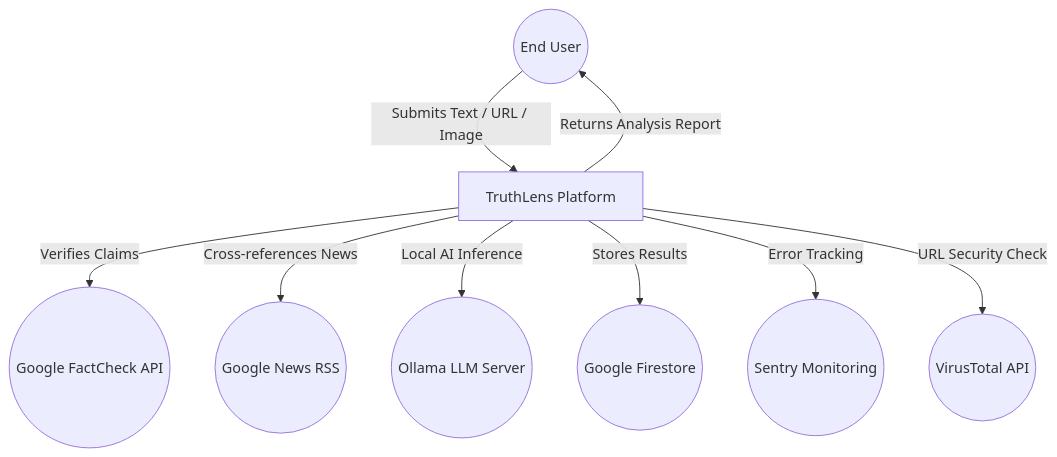
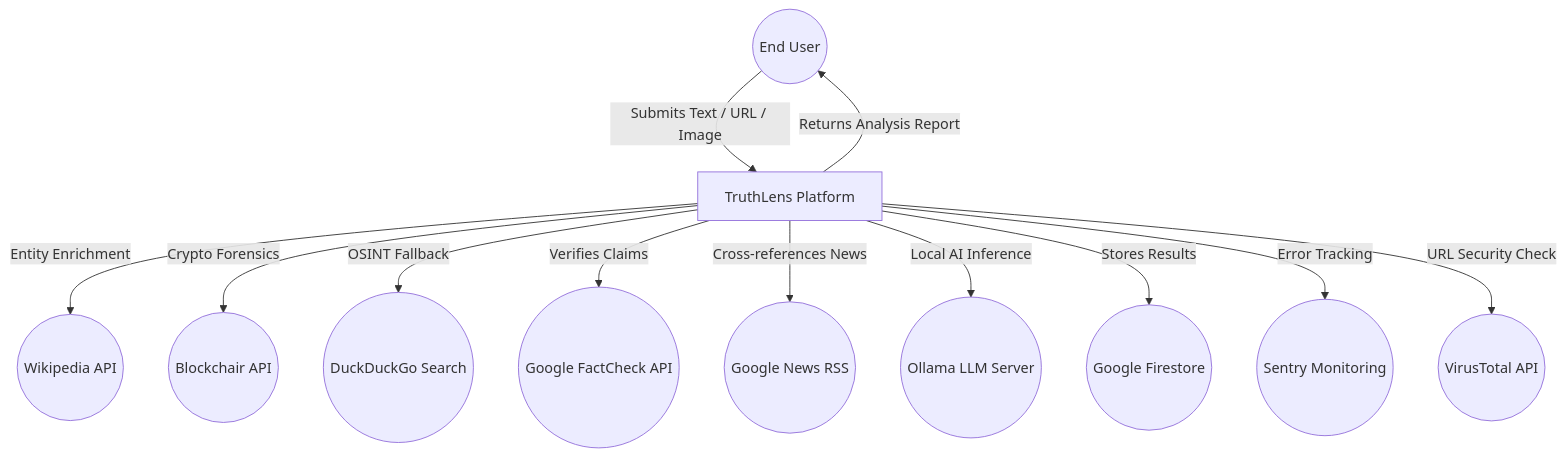
One commit to majd102-p/TruthLens-AI-Credibility-Platform changed the first of 10 diagrams in README.MD. Above: the diagram before and after it, drawn with Mermaid. The commit also changed other lines of this file, not shown here.

````diff
--- a/README.MD
+++ b/README.MD
@@ -187,20 +195,26 @@
 ```mermaid
 flowchart TD
     A((End User))
     B[TruthLens Platform]
     C((Google FactCheck API))
     D((Google News RSS))
     E((Ollama LLM Server))
     F((Google Firestore))
     G((Sentry Monitoring))
     H((VirusTotal API))
+    I((Wikipedia API))
+    J((Blockchair API))
+    K((DuckDuckGo Search))
 
     A -->|Submits Text / URL / Image| B
     B -->|Returns Analysis Report| A
+    B -->|Entity Enrichment| I
+    B -->|Crypto Forensics| J
+    B -->|OSINT Fallback| K
     B -->|Verifies Claims| C
     B -->|Cross-references News| D
     B -->|Local AI Inference| E
     B -->|Stores Results| F
     B -->|Error Tracking| G
     B -->|URL Security Check| H
 ```
````
